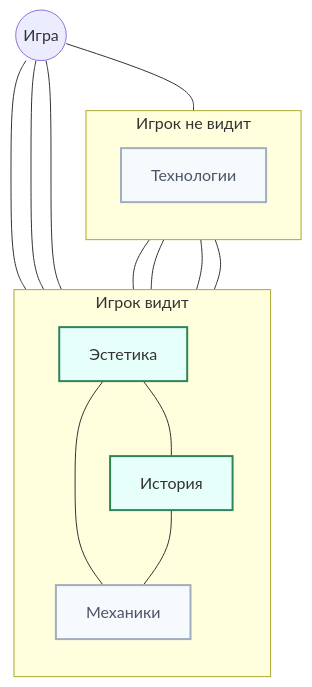
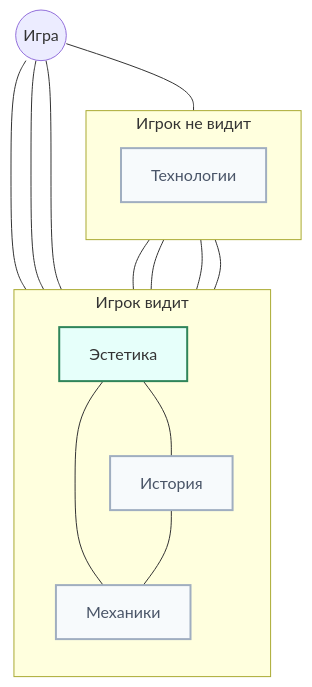
One commit to TrEtLiz/prepod changed the diagram in prepod/lec1.md. Above: the diagram before and after it, drawn with Mermaid.

````diff
--- a/prepod/lec1.md
+++ b/prepod/lec1.md
@@ -187,39 +187,39 @@
 ```mermaid
 flowchart TB
     %% Горизонт видимости игрока
     subgraph VISIBLE[Игрок видит]
       direction TB
       A[Эстетика]
       R[История]
       M[Механики]
     end
 
     subgraph HIDDEN[Игрок не видит]
       direction TB
       R[История]
       M[Механики]
       T[Технологии]
     end
 
     %% Связи от центра "Игра"
     C((Игра))
     C --- A
     C --- R
     C --- M
     C --- T
     A --- R
     A --- M
     A --- T
     R --- T
     R --- M
     M --- T
     T --- A
 
 
     %% Визуальные подсказки
     classDef seen stroke-width:2px,stroke:#2f855a,fill:#e6fffa;
     classDef hidden stroke-width:2px,stroke:#a0aec0,fill:#f7fafc,color:#4a5568;
 
-    class A,R seen;
-    class M,T hidden;
+    class A,R,M seen;
+    class R,M,T hidden;
 ```
````
